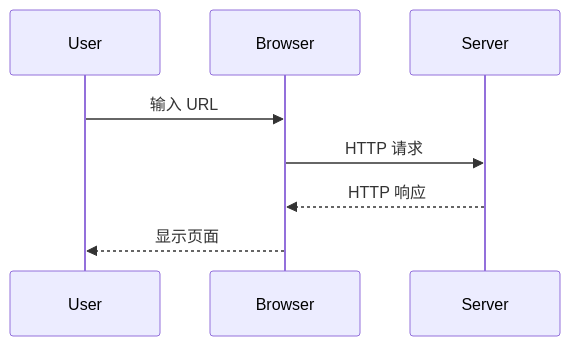
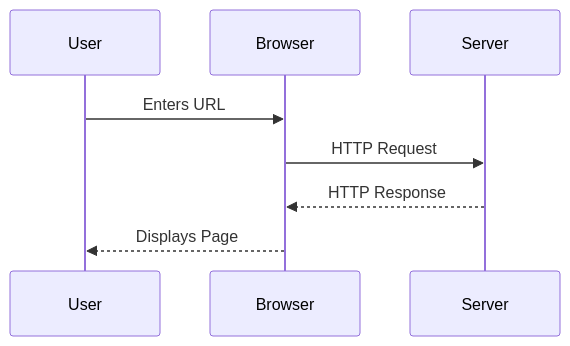
One commit to docmd-io/docs changed the first of 2 diagrams in docmd-main/v08/zh/plugins/mermaid.md. Above: the diagram before and after it, drawn with Mermaid. The commit also changed other lines of this file and 13 other files, not shown here.

````diff
--- a/docmd-main/v08/zh/plugins/mermaid.md
+++ b/docmd-main/v08/zh/plugins/mermaid.md
@@ -39,11 +42,11 @@
 ```mermaid
 sequenceDiagram
     participant User
     participant Browser
     participant Server
-    
-    User->>Browser: 输入 URL
-    Browser->>Server: HTTP 请求
-    Server-->>Browser: HTTP 响应
-    Browser-->>User: 显示页面
+
+    User->>Browser: Enters URL
+    Browser->>Server: HTTP Request
+    Server-->>Browser: HTTP Response
+    Browser-->>User: Displays Page
 ```
````
